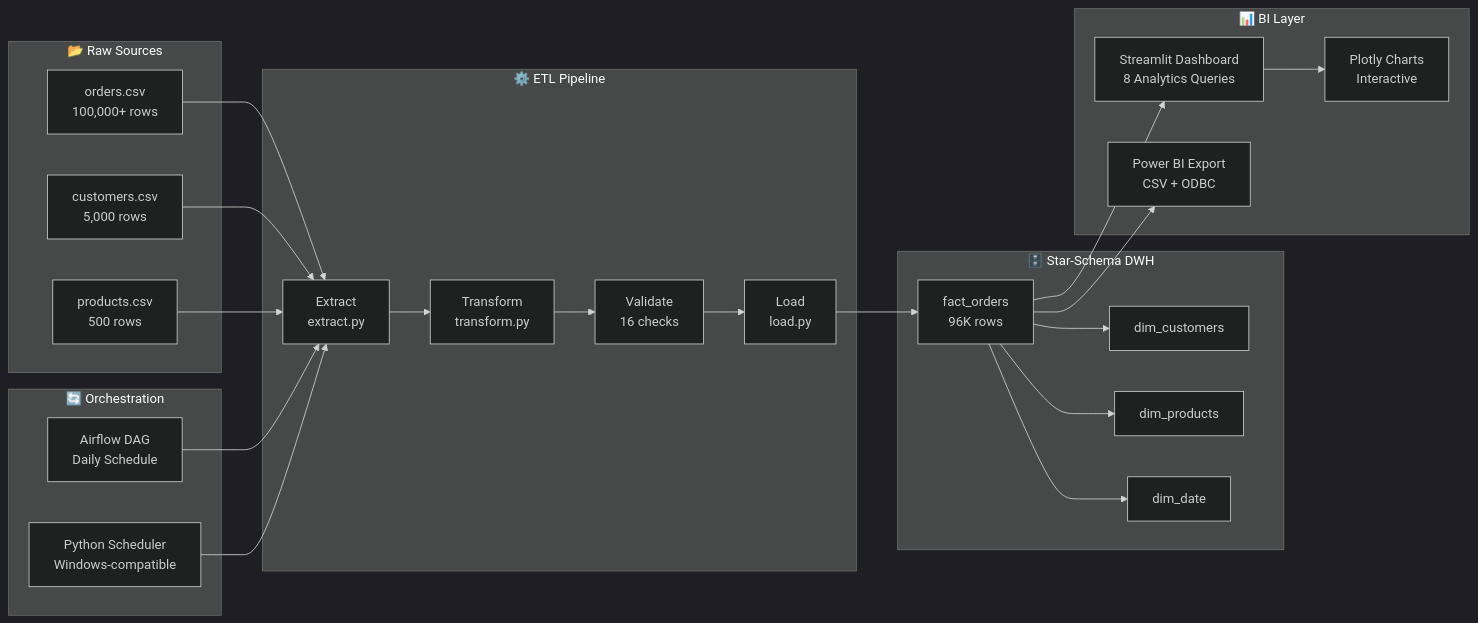
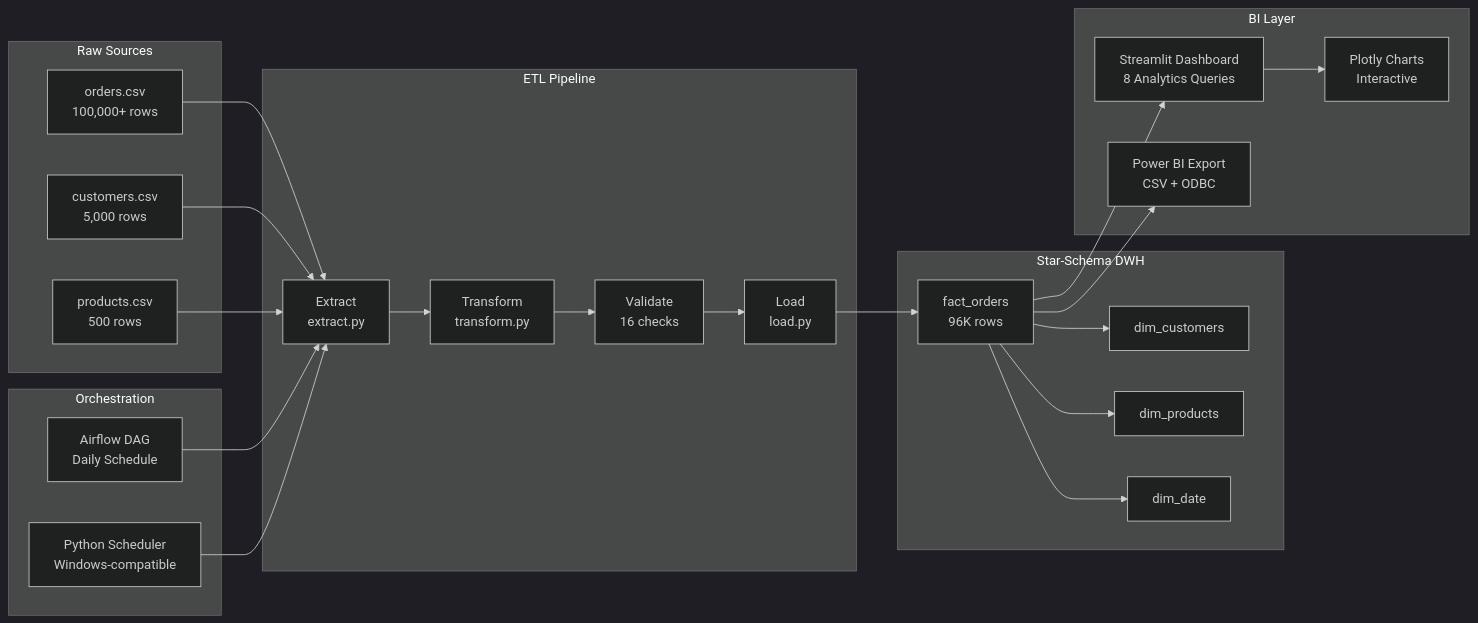
One commit to Ayushshiv07/ETL-pipelines changed the diagram in README.md. Above: the diagram before and after it, drawn with Mermaid (dark theme). The commit also changed other lines of this file, not shown here.

````diff
--- a/README.md
+++ b/README.md
@@ -31,44 +31,44 @@
 ```mermaid
 flowchart LR
-    subgraph Sources["📂 Raw Sources"]
+    subgraph Sources["Raw Sources"]
         A[orders.csv\n100,000+ rows]
         B[customers.csv\n5,000 rows]
         C[products.csv\n500 rows]
     end
 
-    subgraph ETL["⚙️ ETL Pipeline"]
+    subgraph ETL["ETL Pipeline"]
         D[Extract\nextract.py]
         E[Transform\ntransform.py]
         F[Validate\n16 checks]
         G[Load\nload.py]
     end
 
-    subgraph DWH["🗄️ Star-Schema DWH"]
+    subgraph DWH["Star-Schema DWH"]
         H[fact_orders\n96K rows]
         I[dim_customers]
         J[dim_products]
         K[dim_date]
     end
 
-    subgraph BI["📊 BI Layer"]
+    subgraph BI["BI Layer"]
         L[Streamlit Dashboard\n8 Analytics Queries]
         M[Power BI Export\nCSV + ODBC]
         N[Plotly Charts\nInteractive]
     end
 
-    subgraph Orchestration["🔄 Orchestration"]
+    subgraph Orchestration["Orchestration"]
         O[Airflow DAG\nDaily Schedule]
         P[Python Scheduler\nWindows-compatible]
     end
 
     A --> D
     B --> D
     C --> D
     D --> E --> F --> G
     G --> H
     H --> I & J & K
     H --> L --> N
     H --> M
     O --> D
     P --> D
 ```
````
